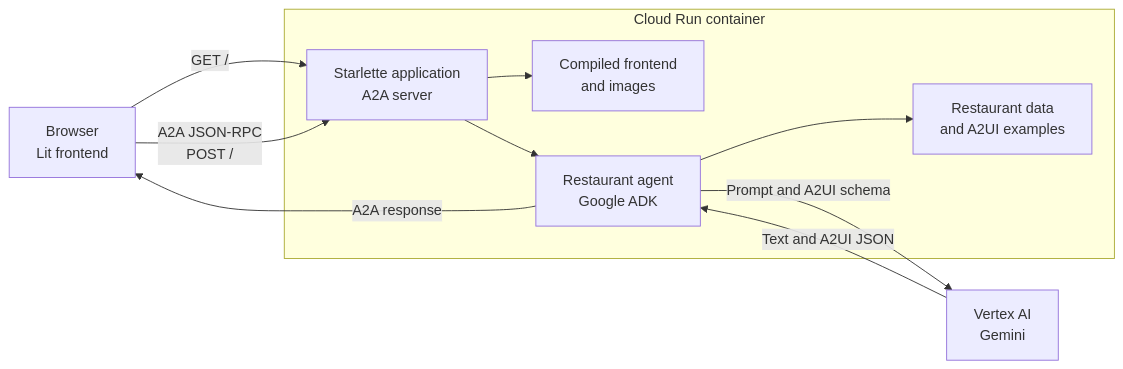
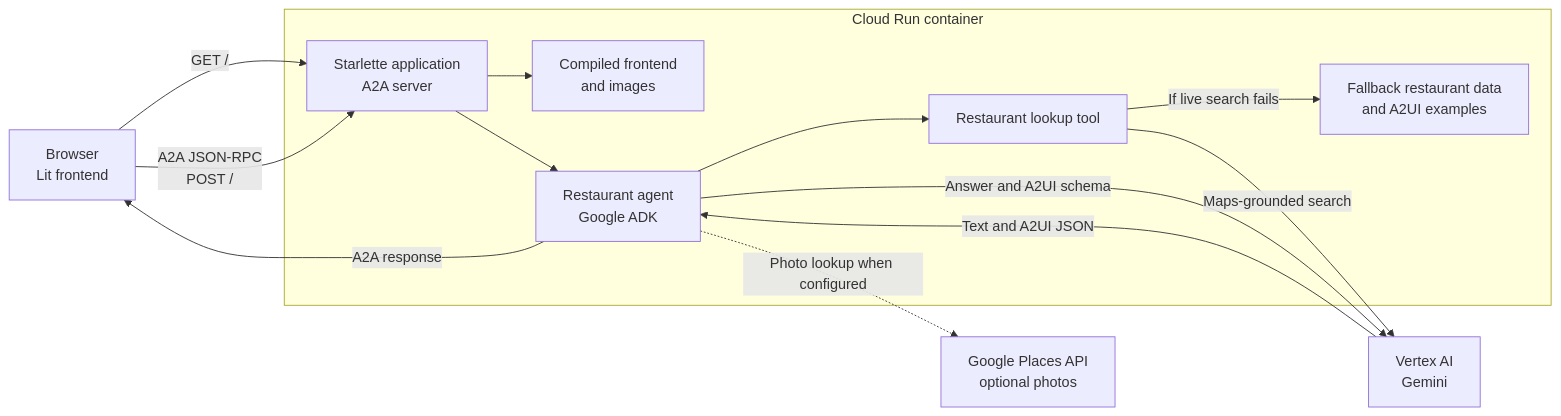
One commit to bmullan-code/restaurant-finder-cloudrun changed the diagram in README.md. Above: the diagram before and after it, drawn with Mermaid. The commit also changed other lines of this file, not shown here.

Commit message:
docs: describe live restaurant lookup

````diff
--- a/README.md
+++ b/README.md
@@ -17,21 +17,26 @@
 ```mermaid
 flowchart LR
     Browser["Browser<br/>Lit frontend"]
     Vertex["Vertex AI<br/>Gemini"]
+    Places["Google Places API<br/>optional photos"]
 
     subgraph CloudRun["Cloud Run container"]
         Server["Starlette application<br/>A2A server"]
         Static["Compiled frontend<br/>and images"]
         Agent["Restaurant agent<br/>Google ADK"]
-        Data["Restaurant data<br/>and A2UI examples"]
+        Lookup["Restaurant lookup tool"]
+        Data["Fallback restaurant data<br/>and A2UI examples"]
     end
 
     Browser -->|"GET /"| Server
     Server --> Static
     Browser -->|"A2A JSON-RPC<br/>POST /"| Server
     Server --> Agent
-    Agent --> Data
-    Agent -->|"Prompt and A2UI schema"| Vertex
+    Agent --> Lookup
+    Lookup -->|"Maps-grounded search"| Vertex
+    Lookup -->|"If live search fails"| Data
+    Agent -->|"Answer and A2UI schema"| Vertex
     Vertex -->|"Text and A2UI JSON"| Agent
+    Agent -.->|"Photo lookup when configured"| Places
     Agent -->|"A2A response"| Browser
 ```
````
